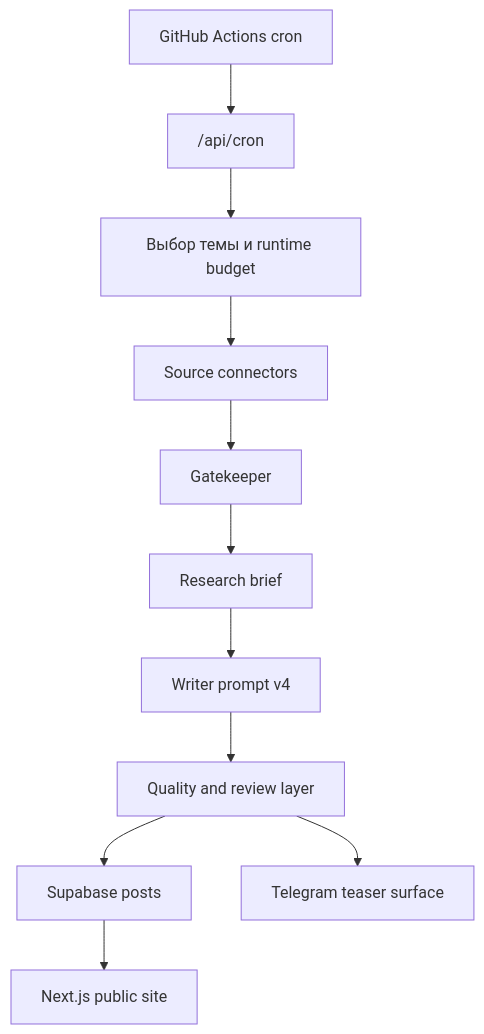
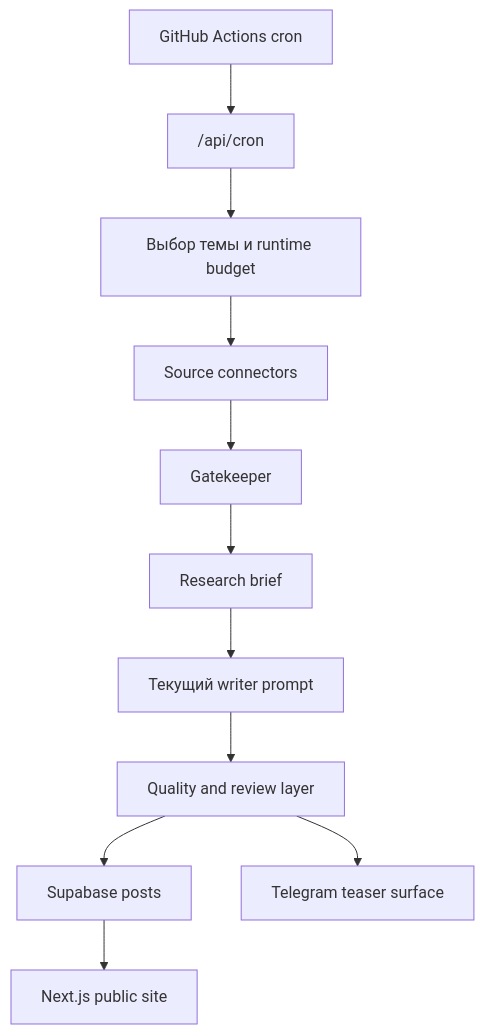
Before and after one commit to AI-Nikitka93/AI_Blogersite: the diagram in README.ru.md, drawn with Mermaid. The commit also changed other lines of this file and 21 other files, not shown here.

````diff
--- a/README.ru.md
+++ b/README.ru.md
@@ -88,13 +88,13 @@
 ```mermaid
 flowchart TD
     A["GitHub Actions cron"] --> B["/api/cron"]
     B --> C["Выбор темы и runtime budget"]
     C --> D["Source connectors"]
     D --> E["Gatekeeper"]
     E --> F["Research brief"]
-    F --> G["Writer prompt v4"]
+    F --> G["Текущий writer prompt"]
     G --> H["Quality and review layer"]
     H --> I["Supabase posts"]
     I --> J["Next.js public site"]
     H --> K["Telegram teaser surface"]
 ```
````
